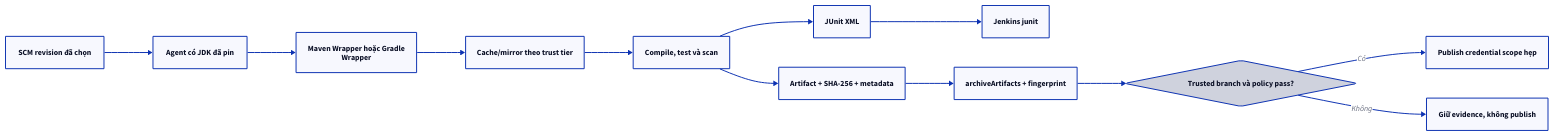
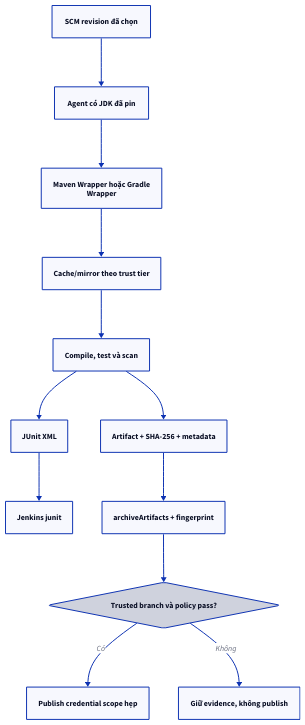
One commit to vanhiep99w/jenkins-learn changed the diagram in content/docs/integrations/maven-gradle.mdx. Above: the diagram before and after it, drawn with D2. The commit also changed 62 other files, not shown here.

Commit message:
fix: improve diagram layouts and inline readability

````diff
--- a/content/docs/integrations/maven-gradle.mdx
+++ b/content/docs/integrations/maven-gradle.mdx
@@ -42,29 +42,29 @@
-```d2 interactive title="Mục tiêu và luồng build"
-direction: right
+```d2 interactive title="Mục tiêu và luồng build" layout=elk
+direction: down
 A: "SCM revision đã chọn"
 B: "Agent có JDK đã pin"
 C: "Maven Wrapper hoặc Gradle\nWrapper"
 D: "Cache/mirror theo trust tier"
 E: "Compile, test và scan"
 F: "JUnit XML"
 G: "Artifact + SHA-256 + metadata"
 H: "Jenkins junit"
 I: "archiveArtifacts + fingerprint"
 J: "Trusted branch và policy pass?" {
   shape: diamond
 }
 K: "Publish credential scope hẹp"
 L: "Giữ evidence, không publish"
 
 A -> B
 B -> C
 C -> D
 D -> E
 E -> F
 E -> G
 F -> H
 G -> I
 I -> J
 J -> K: "Có"
 J -> L: "Không"
 ```
````
